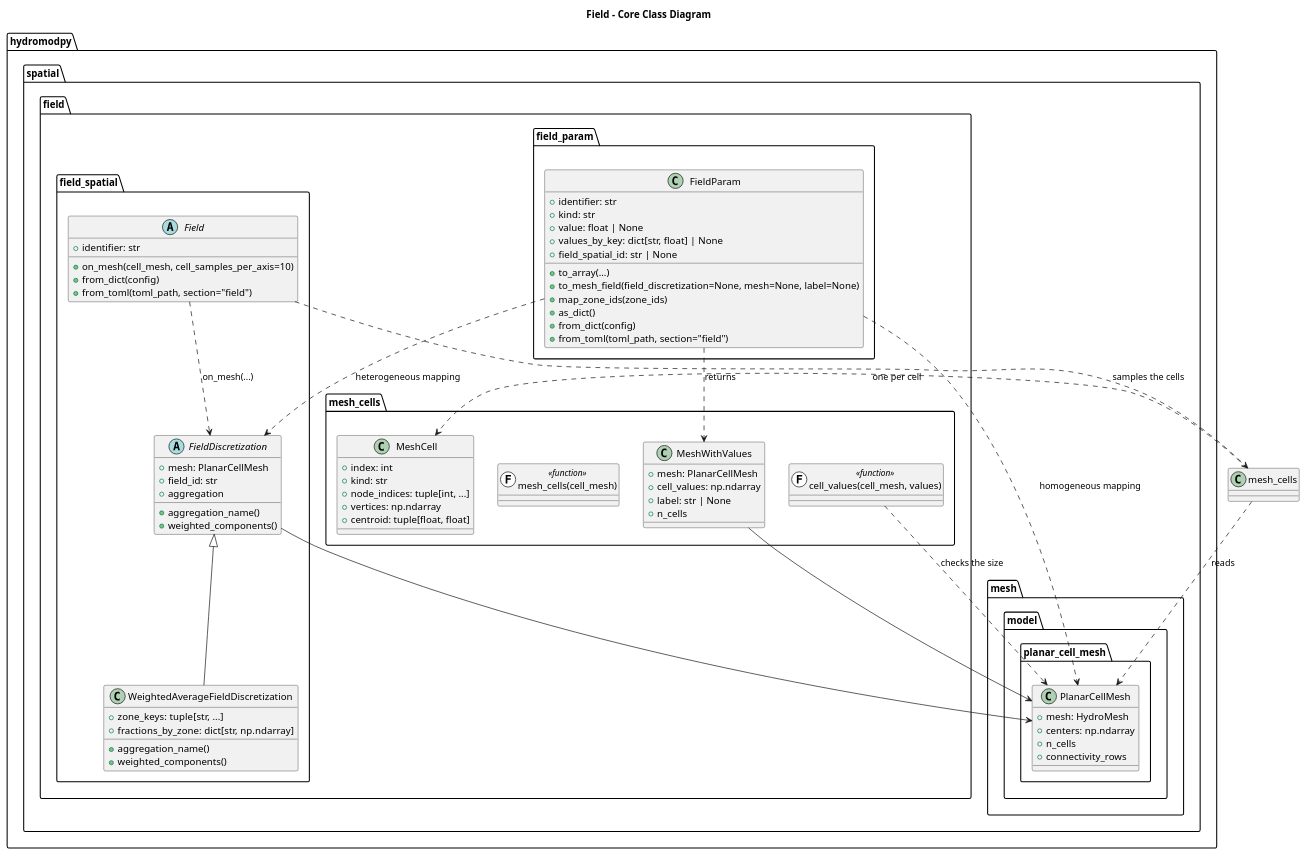
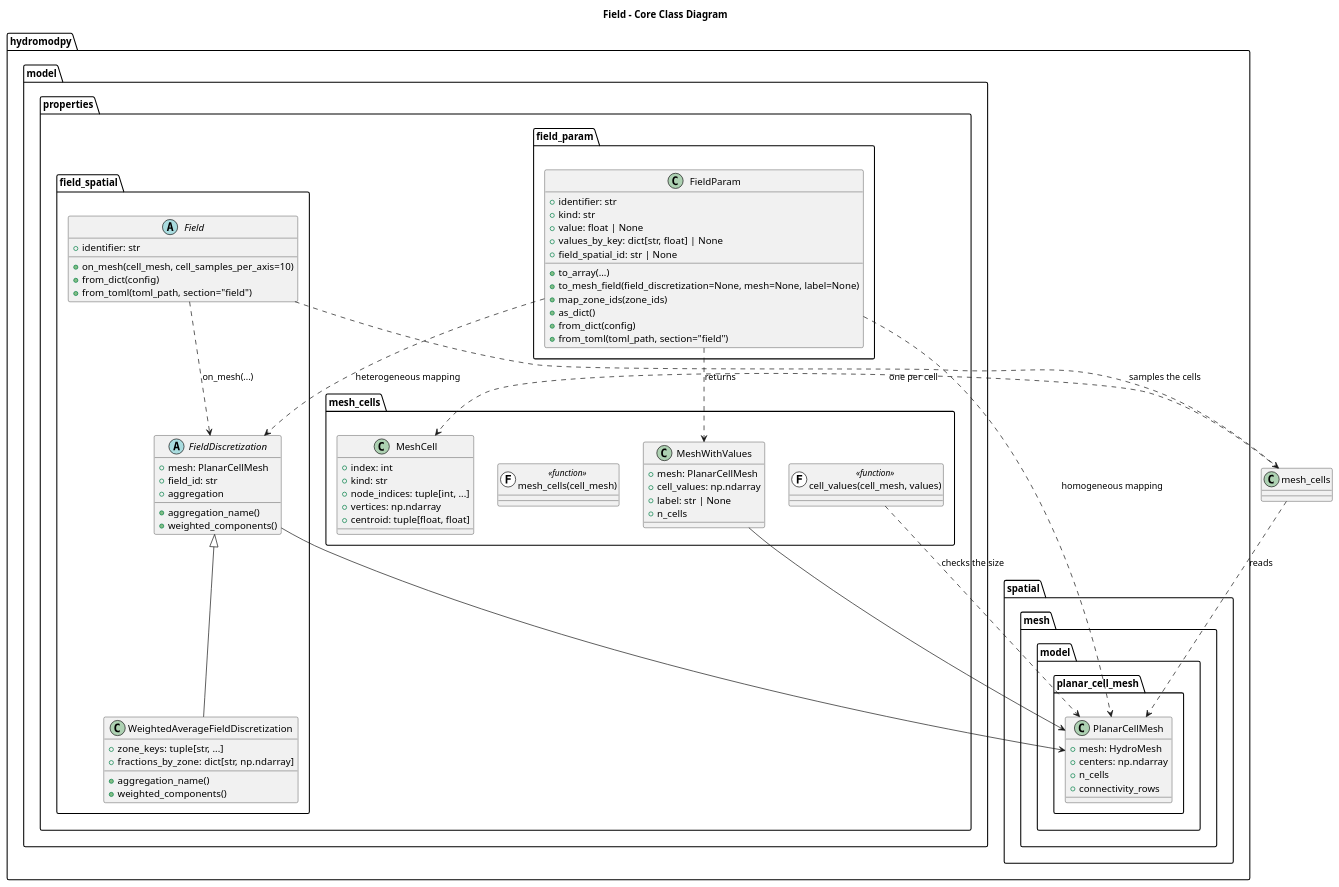
Before and after one commit to HydroModPy/HydroModPy: the diagram in docs/source/contribute/architecture/field/diagrams/field_classes.wsd, drawn with PlantUML. The commit also changed 795 other files, not shown here.

```diff
--- a/docs/source/contribute/architecture/field/diagrams/field_classes.wsd
+++ b/docs/source/contribute/architecture/field/diagrams/field_classes.wsd
@@ -1,90 +1,90 @@
 @startuml
 title Field - Core Class Diagram
 
 package "hydromodpy.spatial.mesh.model.planar_cell_mesh" {
   class PlanarCellMesh {
     +mesh: HydroMesh
     +centers: np.ndarray
     +n_cells
     +connectivity_rows
   }
 }
 
-package "hydromodpy.spatial.field.mesh_cells" {
+package "hydromodpy.model.properties.mesh_cells" {
   class MeshCell {
     +index: int
     +kind: str
     +node_indices: tuple[int, ...]
     +vertices: np.ndarray
     +centroid: tuple[float, float]
   }
 
   class MeshWithValues {
     +mesh: PlanarCellMesh
     +cell_values: np.ndarray
     +label: str | None
     +n_cells
   }
 
   class "mesh_cells(cell_mesh)" as mesh_cells << (F,#FFFFFF) function >>
   class "cell_values(cell_mesh, values)" as cell_values << (F,#FFFFFF) function >>
 }
 
-package "hydromodpy.spatial.field.field_spatial" {
+package "hydromodpy.model.properties.field_spatial" {
   abstract class Field {
     +identifier: str
     +on_mesh(cell_mesh, cell_samples_per_axis=10)
     +from_dict(config)
     +from_toml(toml_path, section="field")
   }
 
   abstract class FieldDiscretization {
     +mesh: PlanarCellMesh
     +field_id: str
     +aggregation_name()
     +aggregation
     +weighted_components()
   }
 }
 
-package "hydromodpy.spatial.field.field_spatial" {
+package "hydromodpy.model.properties.field_spatial" {
   class WeightedAverageFieldDiscretization {
     +zone_keys: tuple[str, ...]
     +fractions_by_zone: dict[str, np.ndarray]
     +aggregation_name()
     +weighted_components()
   }
 }
 
-package "hydromodpy.spatial.field.field_param" {
+package "hydromodpy.model.properties.field_param" {
   class FieldParam {
     +identifier: str
     +kind: str
     +value: float | None
     +values_by_key: dict[str, float] | None
     +field_spatial_id: str | None
     +to_array(...)
     +to_mesh_field(field_discretization=None, mesh=None, label=None)
     +map_zone_ids(zone_ids)
     +as_dict()
     +from_dict(config)
     +from_toml(toml_path, section="field")
   }
 }
 
 mesh_cells ..> PlanarCellMesh : reads
 mesh_cells ..> MeshCell : one per cell
 cell_values ..> PlanarCellMesh : checks the size
 MeshWithValues --> PlanarCellMesh
 
 FieldDiscretization --> PlanarCellMesh
 FieldDiscretization <|-- WeightedAverageFieldDiscretization
 
 Field ..> mesh_cells : samples the cells
 Field ..> FieldDiscretization : on_mesh(...)
 
 FieldParam ..> PlanarCellMesh : homogeneous mapping
 FieldParam ..> FieldDiscretization : heterogeneous mapping
 FieldParam ..> MeshWithValues : returns
 
 @enduml
```
